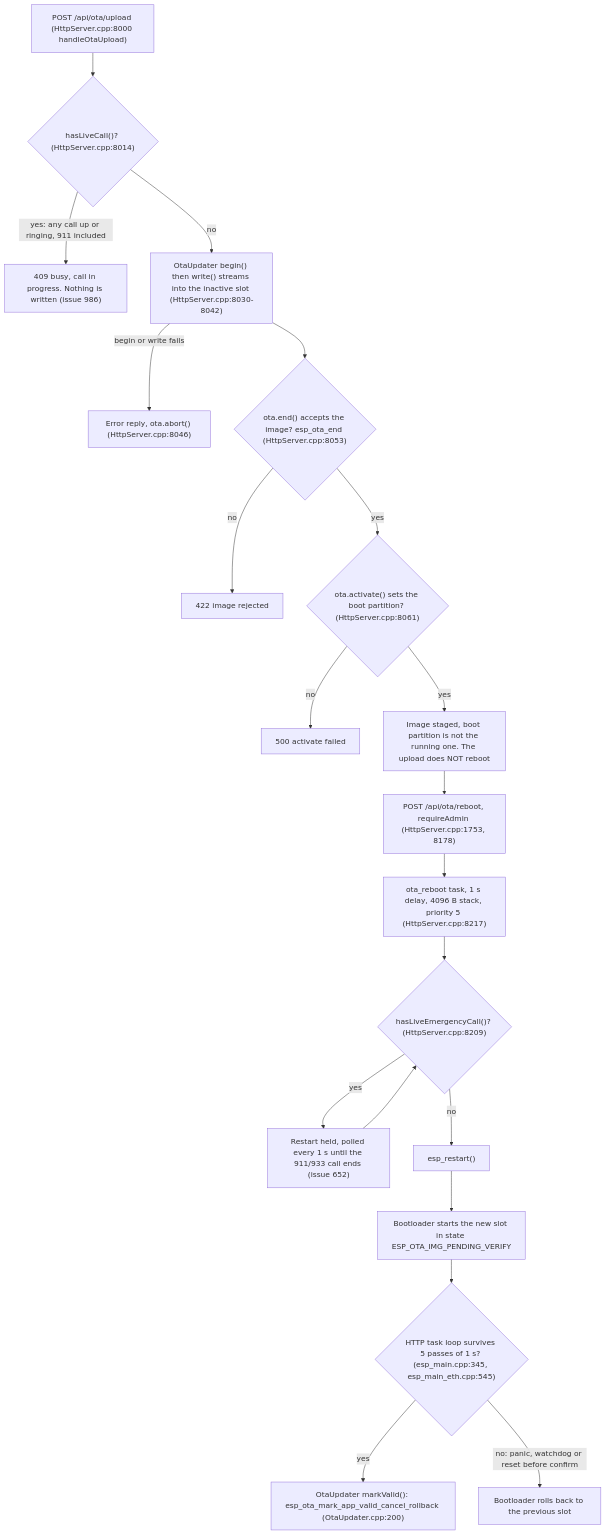
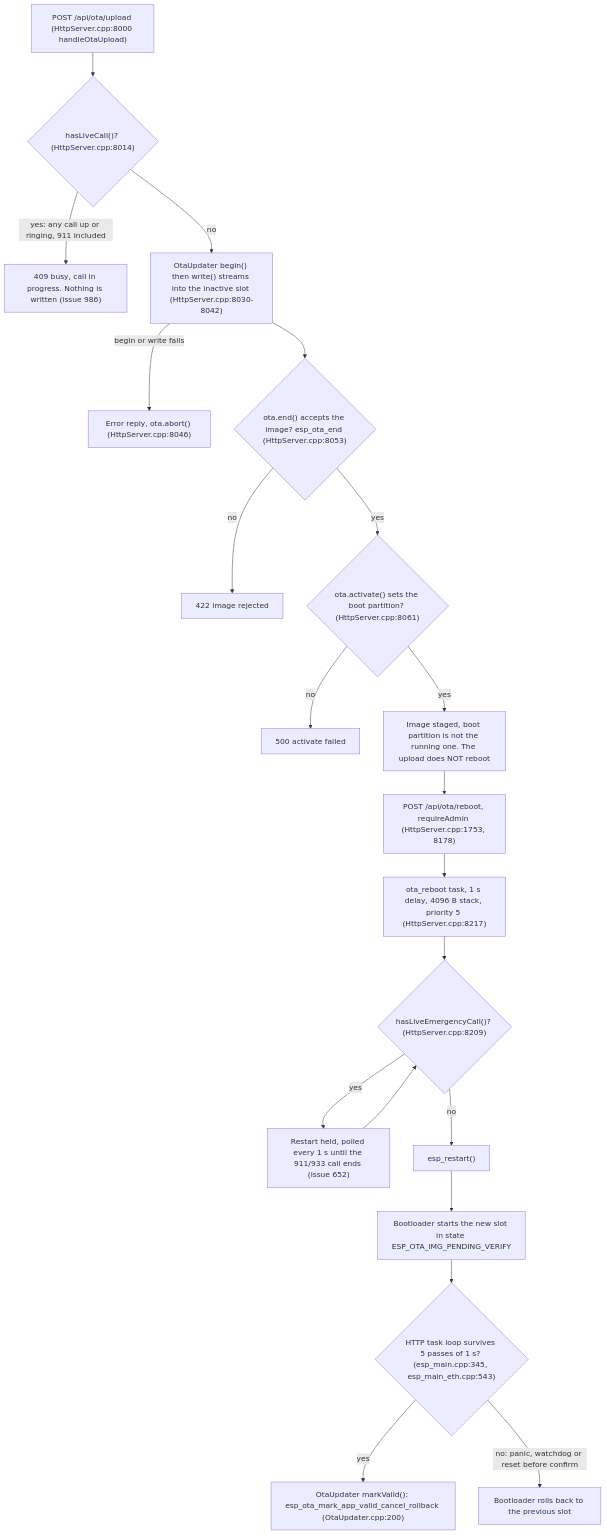
Before and after one commit to GlomarGadaffi/pocket-dial: the second of 2 diagrams in docs/INCIDENT_PLAYBOOK.md, drawn with Mermaid. The commit also changed 9 other files, not shown here.

````diff
--- a/docs/INCIDENT_PLAYBOOK.md
+++ b/docs/INCIDENT_PLAYBOOK.md
@@ -421,22 +421,22 @@
 ```mermaid
 flowchart TD
     A["POST /api/ota/upload (HttpServer.cpp:8000 handleOtaUpload)"] --> L{"hasLiveCall()? (HttpServer.cpp:8014)"}
     L -->|"yes: any call up or ringing, 911 included"| R["409 busy, call in progress. Nothing is written (issue 986)"]
     L -->|"no"| B["OtaUpdater begin() then write() streams into the inactive slot (HttpServer.cpp:8030-8042)"]
     B -->|"begin or write fails"| ER["Error reply, ota.abort() (HttpServer.cpp:8046)"]
     B --> C{"ota.end() accepts the image? esp_ota_end (HttpServer.cpp:8053)"}
     C -->|"no"| E422["422 image rejected"]
     C -->|"yes"| D{"ota.activate() sets the boot partition? (HttpServer.cpp:8061)"}
     D -->|"no"| E500["500 activate failed"]
     D -->|"yes"| ST["Image staged, boot partition is not the running one. The upload does NOT reboot"]
     ST --> RB["POST /api/ota/reboot, requireAdmin (HttpServer.cpp:1753, 8178)"]
     RB --> H["ota_reboot task, 1 s delay, 4096 B stack, priority 5 (HttpServer.cpp:8217)"]
     H --> EM{"hasLiveEmergencyCall()? (HttpServer.cpp:8209)"}
     EM -->|"yes"| W["Restart held, polled every 1 s until the 911/933 call ends (issue 652)"]
     W --> EM
     EM -->|"no"| X["esp_restart()"]
     X --> F["Bootloader starts the new slot in state ESP_OTA_IMG_PENDING_VERIFY"]
-    F --> G{"HTTP task loop survives 5 passes of 1 s? (esp_main.cpp:345, esp_main_eth.cpp:545)"}
+    F --> G{"HTTP task loop survives 5 passes of 1 s? (esp_main.cpp:345, esp_main_eth.cpp:543)"}
     G -->|"yes"| V["OtaUpdater markValid(): esp_ota_mark_app_valid_cancel_rollback (OtaUpdater.cpp:200)"]
     G -->|"no: panic, watchdog or reset before confirm"| RO["Bootloader rolls back to the previous slot"]
 ```
````
